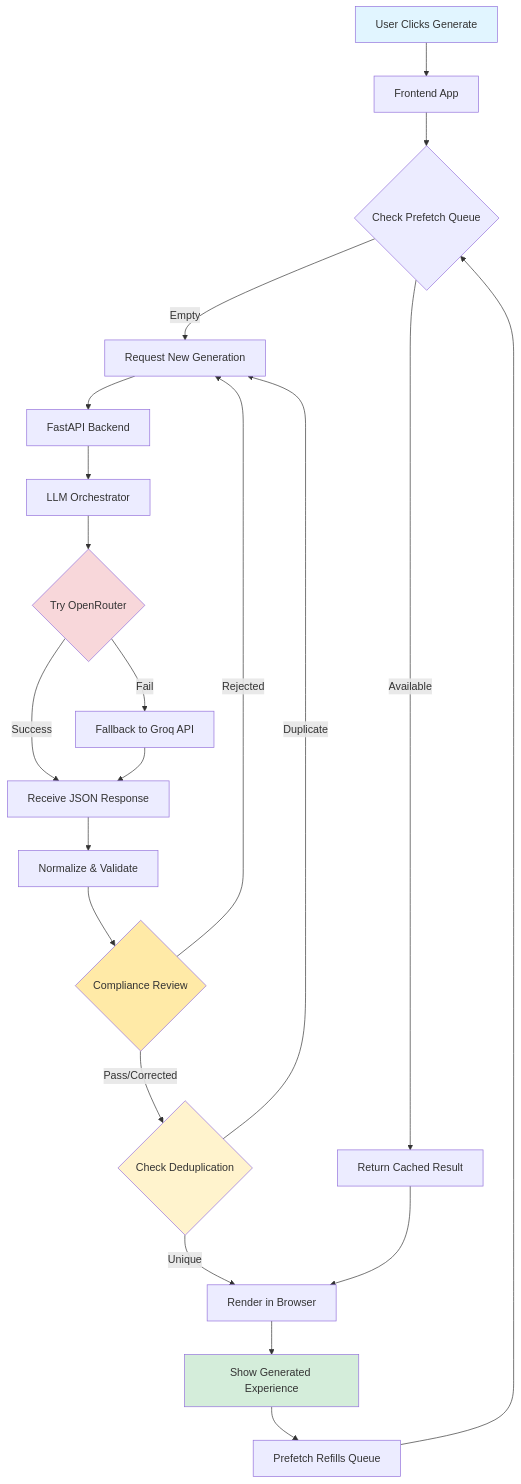
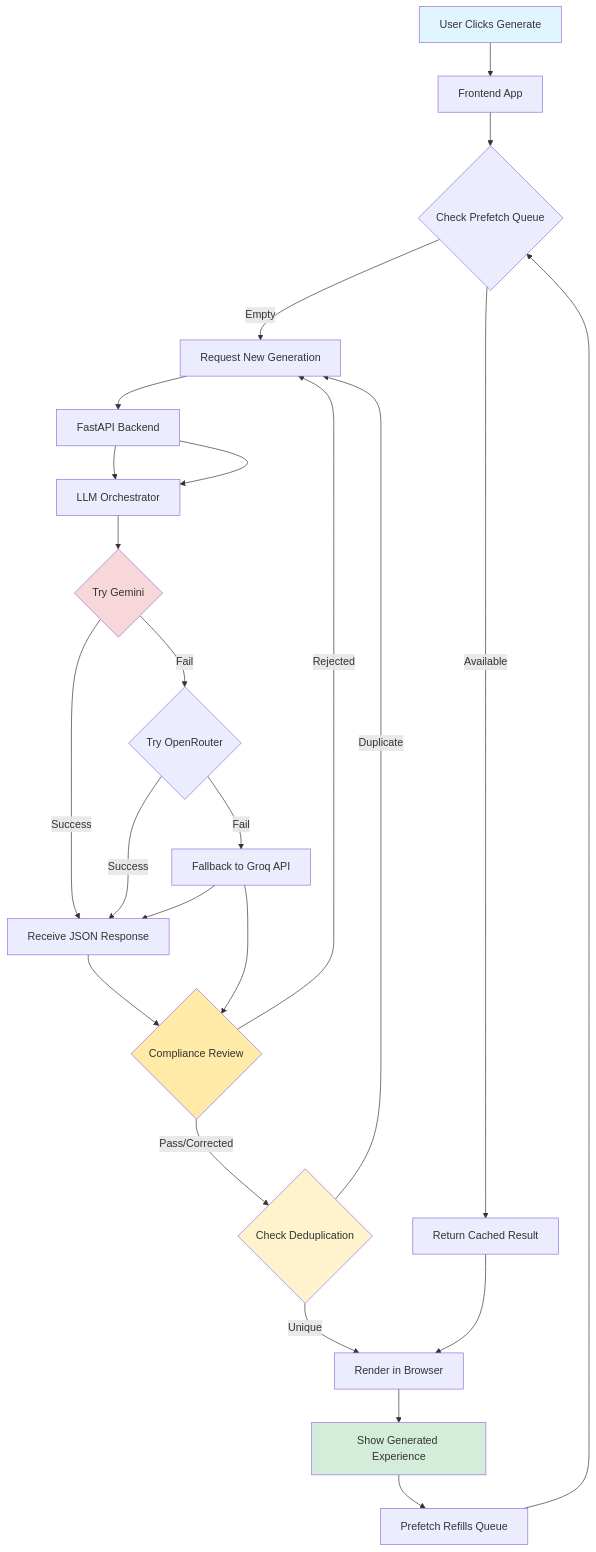
Before and after one commit to lesprgm/Roulette: the diagram in README.md, drawn with Mermaid. The commit also changed other lines of this file and 6 other files, not shown here.

````diff
--- a/README.md
+++ b/README.md
@@ -52,29 +52,32 @@
 ```mermaid
 graph TD
     A[User Clicks Generate] --> B[Frontend App]
     B --> C{Check Prefetch Queue}
     C -->|Available| D[Return Cached Result]
     C -->|Empty| E[Request New Generation]
     E --> F[FastAPI Backend]
     F --> G[LLM Orchestrator]
-    G --> H{Try OpenRouter}
+    F --> G[LLM Orchestrator]
+    G --> H{Try Gemini}
     H -->|Success| I[Receive JSON Response]
-    H -->|Fail| J[Fallback to Groq API]
-    J --> I
-    I --> K[Normalize & Validate]
+    H -->|Fail| J{Try OpenRouter}
+    J -->|Success| I
+    J -->|Fail| K[Fallback to Groq API]
+    K --> I
+    I --> L[Normalize & Validate]
     K --> L{Compliance Review}
     L -->|Pass/Corrected| M{Check Deduplication}
     L -->|Rejected| E
     M -->|Unique| N[Render in Browser]
     M -->|Duplicate| E
     N --> O[Show Generated Experience]
     O --> P[Prefetch Refills Queue]
     P --> C
     D --> N
     
     style A fill:#e1f5ff
     style O fill:#d4edda
     style L fill:#ffeaa7
     style M fill:#fff3cd
     style H fill:#f8d7da
 ```
````
